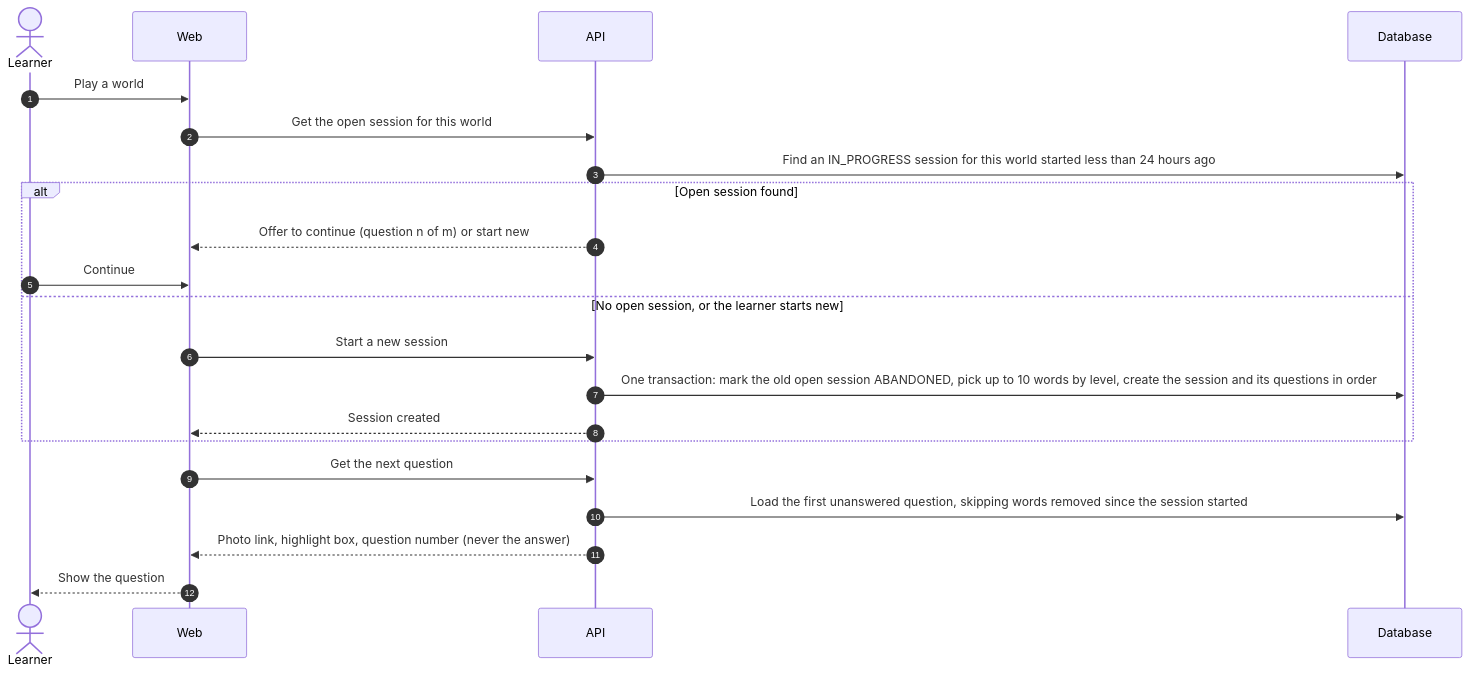
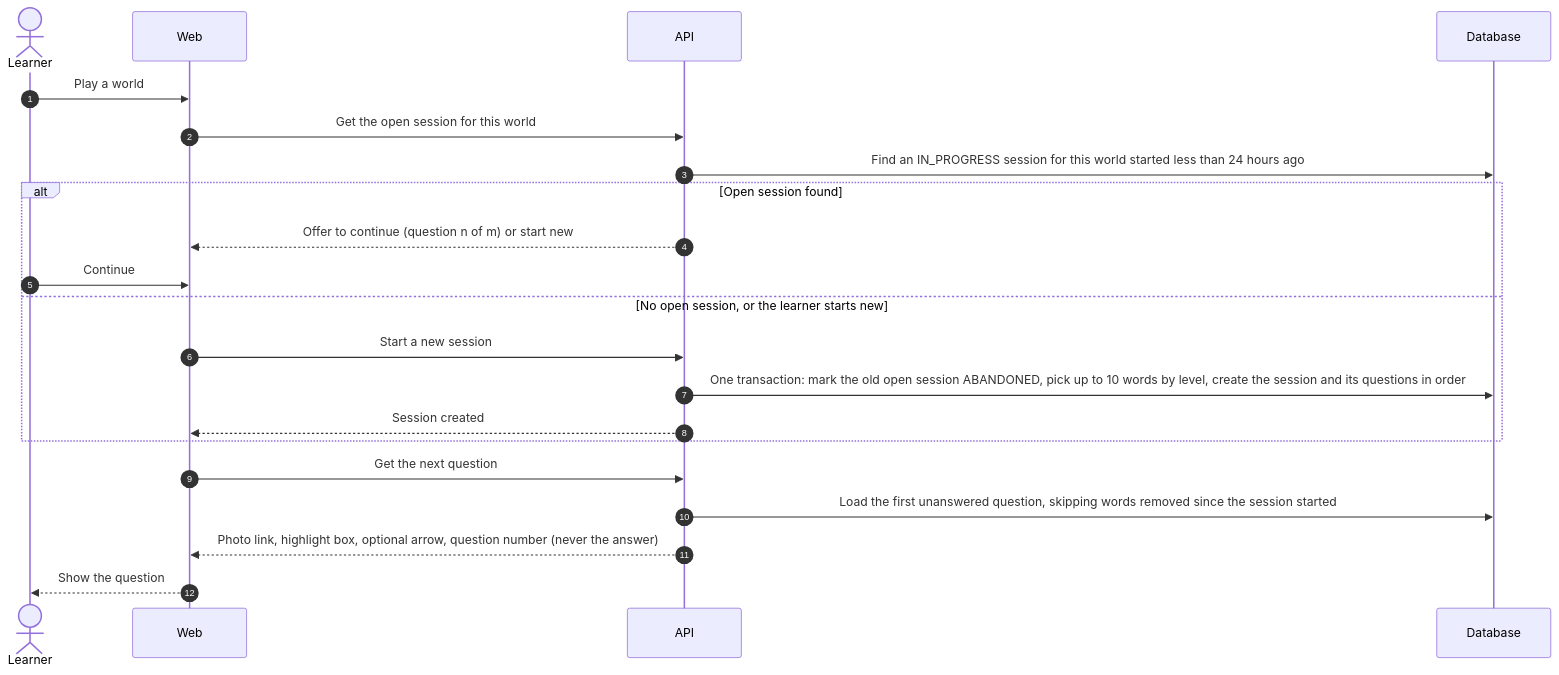
One commit to cha130y/languze-overview changed the first of 4 diagrams in code/docs/flows/game-session.md. Above: the diagram before and after it, drawn with Mermaid. The commit also changed other lines of this file and 236 other files, not shown here.

````diff
--- a/code/docs/flows/game-session.md
+++ b/code/docs/flows/game-session.md
@@ -10,23 +10,23 @@
 ```mermaid
 sequenceDiagram
   autonumber
   actor L as Learner
   participant W as Web
   participant A as API
   participant D as Database
   L->>W: Play a world
   W->>A: Get the open session for this world
   A->>D: Find an IN_PROGRESS session for this world started less than 24 hours ago
   alt Open session found
     A-->>W: Offer to continue (question n of m) or start new
     L->>W: Continue
   else No open session, or the learner starts new
     W->>A: Start a new session
     A->>D: One transaction: mark the old open session ABANDONED, pick up to 10 words by level, create the session and its questions in order
     A-->>W: Session created
   end
   W->>A: Get the next question
   A->>D: Load the first unanswered question, skipping words removed since the session started
-  A-->>W: Photo link, highlight box, question number (never the answer)
+  A-->>W: Photo link, highlight box, optional arrow, question number (never the answer)
   W-->>L: Show the question
 ```
````
